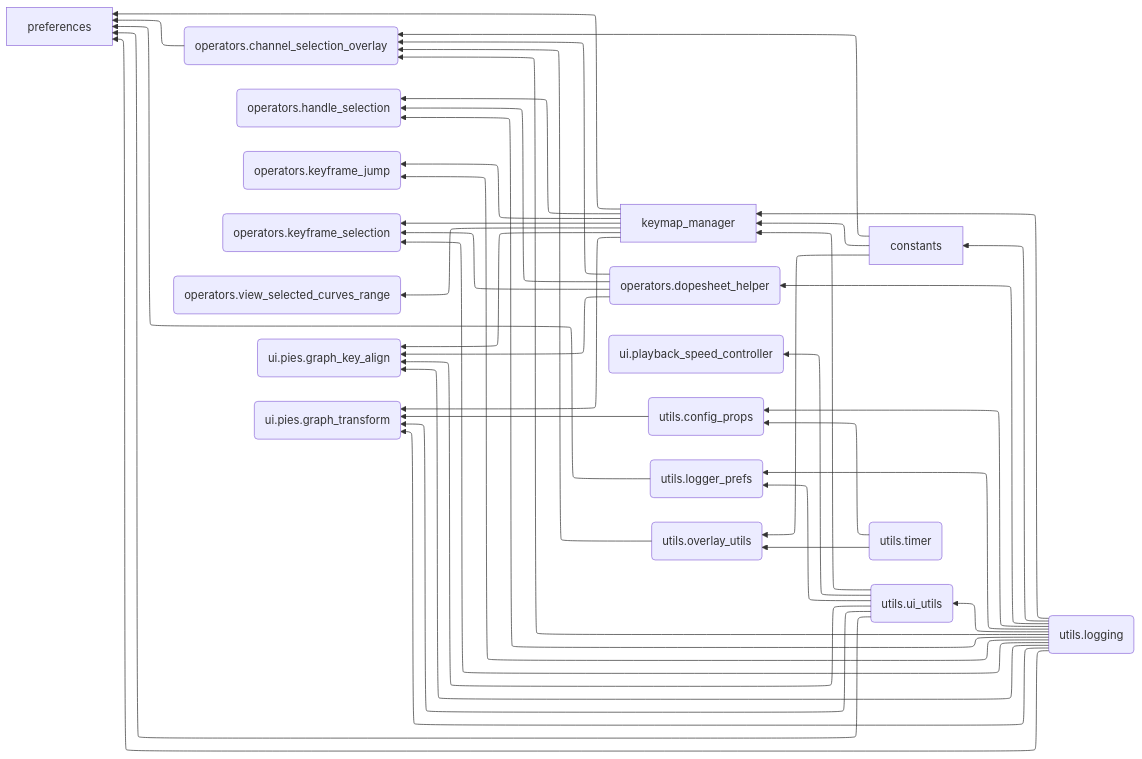
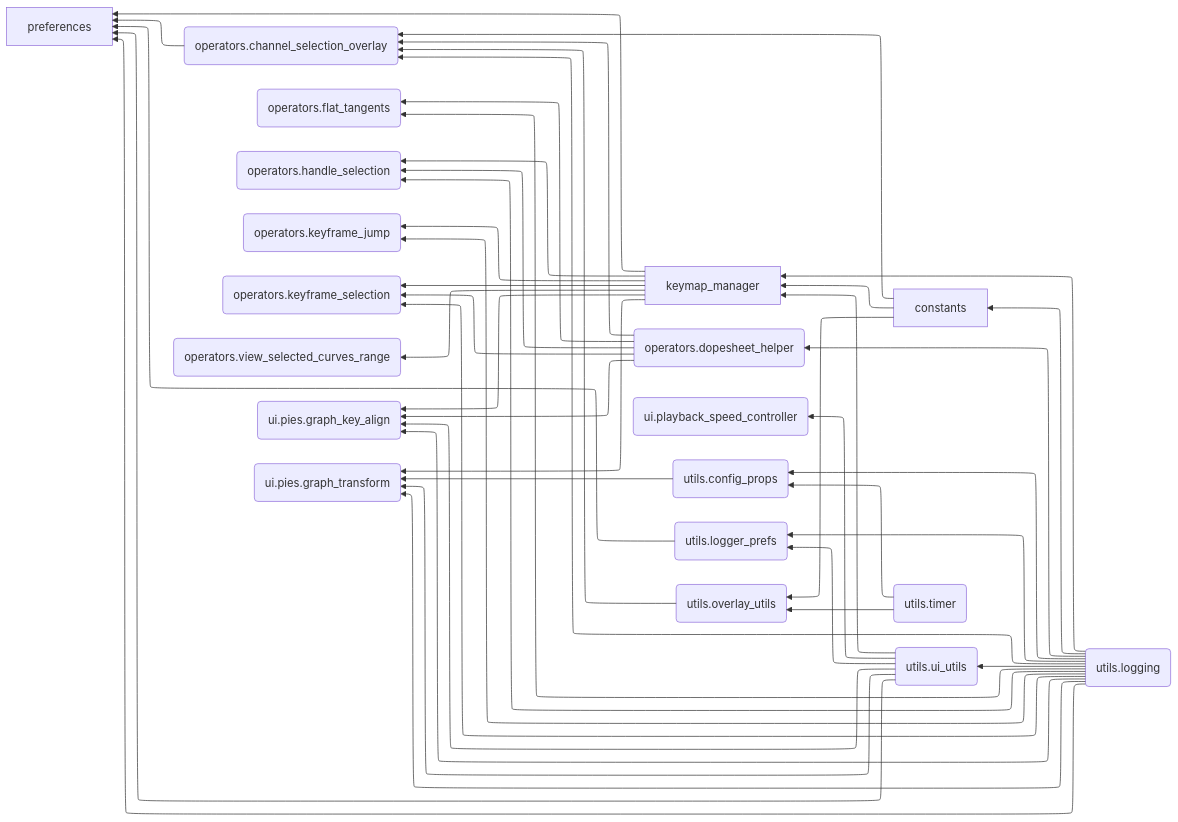
The diagram in docs/debug/module_dependencies.mmd (Pluglug/graph_monkey), drawn with Mermaid before and after one commit. The commit also changed 2 other files, not shown here.

Commit message:
Flat Tangentsオペレーターを追加し、グラフエディタのPieメニューに統合

```diff
--- a/docs/debug/module_dependencies.mmd
+++ b/docs/debug/module_dependencies.mmd
@@ -1,65 +1,68 @@
 ---
 config:
   theme: mc
   layout: elk
   flowchart:
     curve: basis
 ---
 flowchart RL
     constants[constants]
     keymap_manager[keymap_manager]
     operators_channel_selection_overlay(operators.channel_selection_overlay)
     operators_dopesheet_helper(operators.dopesheet_helper)
+    operators_flat_tangents(operators.flat_tangents)
     operators_handle_selection(operators.handle_selection)
     operators_keyframe_jump(operators.keyframe_jump)
     operators_keyframe_selection(operators.keyframe_selection)
     operators_view_selected_curves_range(operators.view_selected_curves_range)
     preferences[preferences]
     ui_pies_graph_key_align(ui.pies.graph_key_align)
     ui_pies_graph_transform(ui.pies.graph_transform)
     ui_playback_speed_controller(ui.playback_speed_controller)
     utils_config_props(utils.config_props)
     utils_logger_prefs(utils.logger_prefs)
     utils_logging(utils.logging)
     utils_overlay_utils(utils.overlay_utils)
     utils_timer(utils.timer)
     utils_ui_utils(utils.ui_utils)
     constants --> keymap_manager
     constants --> operators_channel_selection_overlay
     constants --> utils_overlay_utils
     keymap_manager --> operators_handle_selection
     keymap_manager --> operators_keyframe_jump
     keymap_manager --> operators_keyframe_selection
     keymap_manager --> operators_view_selected_curves_range
     keymap_manager --> preferences
     keymap_manager --> ui_pies_graph_key_align
     keymap_manager --> ui_pies_graph_transform
     operators_channel_selection_overlay --> preferences
     operators_dopesheet_helper --> operators_channel_selection_overlay
+    operators_dopesheet_helper --> operators_flat_tangents
     operators_dopesheet_helper --> operators_handle_selection
     operators_dopesheet_helper --> operators_keyframe_selection
     operators_dopesheet_helper --> ui_pies_graph_key_align
     utils_config_props --> ui_pies_graph_transform
     utils_logger_prefs --> preferences
     utils_logging --> constants
     utils_logging --> keymap_manager
     utils_logging --> operators_channel_selection_overlay
     utils_logging --> operators_dopesheet_helper
+    utils_logging --> operators_flat_tangents
     utils_logging --> operators_handle_selection
     utils_logging --> operators_keyframe_jump
     utils_logging --> operators_keyframe_selection
     utils_logging --> preferences
     utils_logging --> ui_pies_graph_key_align
     utils_logging --> ui_pies_graph_transform
     utils_logging --> utils_config_props
     utils_logging --> utils_logger_prefs
     utils_logging --> utils_ui_utils
     utils_overlay_utils --> operators_channel_selection_overlay
     utils_timer --> utils_config_props
     utils_timer --> utils_overlay_utils
     utils_ui_utils --> keymap_manager
     utils_ui_utils --> preferences
     utils_ui_utils --> ui_pies_graph_key_align
     utils_ui_utils --> ui_pies_graph_transform
     utils_ui_utils --> ui_playback_speed_controller
     utils_ui_utils --> utils_logger_prefs
```
